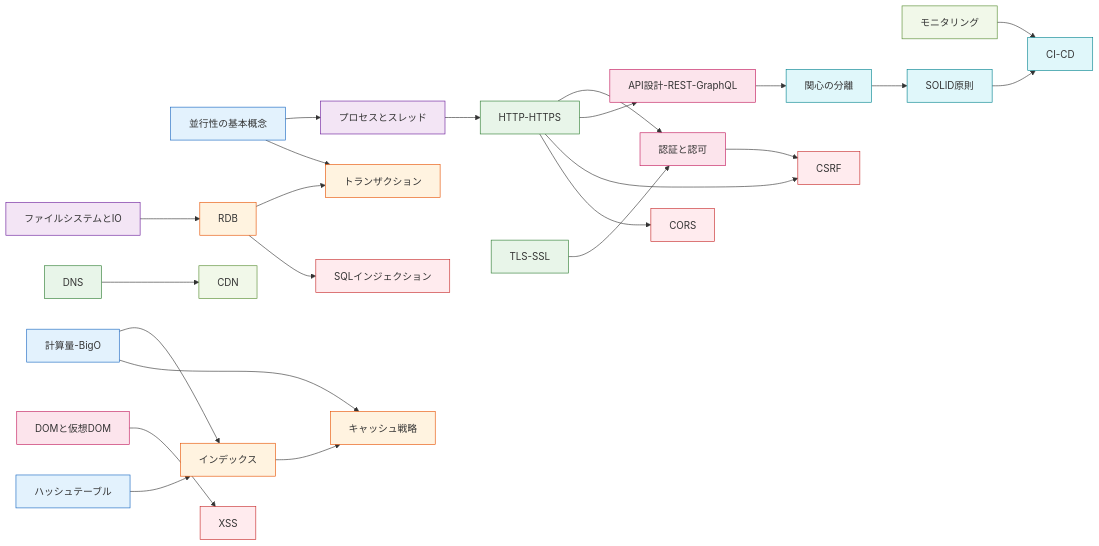
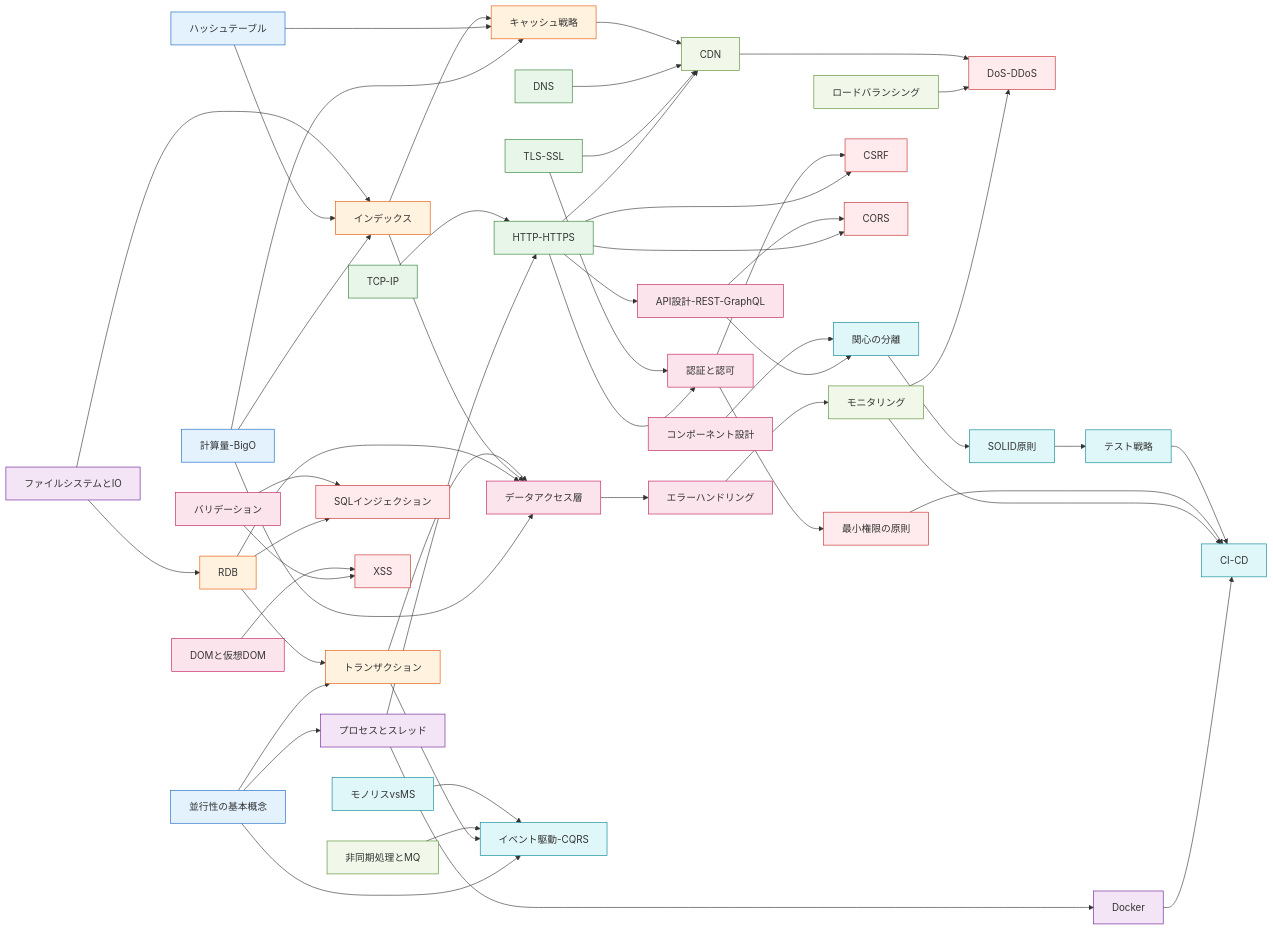
One commit to ryotaro-boost/web-engineer-knowledge-layers changed the diagram in _graph/依存グラフ.md. Above: the diagram before and after it, drawn with Mermaid. The commit also changed other lines of this file, not shown here.

````diff
--- a/_graph/依存グラフ.md
+++ b/_graph/依存グラフ.md
@@ -14,11 +16,13 @@
     %% Layer 1: OSインフラ
     PROC[プロセスとスレッド]
     FIO[ファイルシステムとIO]
+    DOC[Docker]
 
     %% Layer 2: ネットワーク
     HTTP[HTTP-HTTPS]
     TLS[TLS-SSL]
     DNS[DNS]
+    TCP[TCP-IP]
 
     %% Layer 3: データ永続化
     RDB[RDB]
@@ -29,47 +33,103 @@
     %% Layer 4: アプリケーション
     AUTH[認証と認可]
     API[API設計-REST-GraphQL]
+    DAL[データアクセス層]
+    VAL[バリデーション]
+    ERR[エラーハンドリング]
     DOM[DOMと仮想DOM]
+    CMP[コンポーネント設計]
 
     %% Layer 5: パフォーマンス
     CDN[CDN]
     MON[モニタリング]
+    QUE[非同期処理とMQ]
+    LB[ロードバランシング]
 
     %% Layer 6: セキュリティ
     SQLI[SQLインジェクション]
     XSS[XSS]
     CSRF[CSRF]
     CORS[CORS]
+    DDOS[DoS-DDoS]
+    LPRIV[最小権限の原則]
 
     %% Layer 7: 設計
     SOC[関心の分離]
     SOLID[SOLID原則]
     CICD[CI-CD]
+    TEST[テスト戦略]
+    EVT[イベント駆動-CQRS]
+    MS[モノリスvsMS]
 
-    %% 核となる依存
-    HASH --> IDX
+    %% --- 核となる依存 ---
+
+    %% Layer 0 → 1/3
     BIGO --> IDX
     BIGO --> CACHE
+    BIGO --> DAL
+    HASH --> IDX
+    HASH --> CACHE
     CONC --> PROC
     CONC --> TX
+    CONC --> EVT
+
+    %% Layer 1 → 2/3
     PROC --> HTTP
+    PROC --> DOC
     FIO --> RDB
+    FIO --> IDX
+    DOC --> CICD
+
+    %% Layer 2 → 4/5/6
+    TCP --> HTTP
     HTTP --> AUTH
     HTTP --> API
     HTTP --> CSRF
     HTTP --> CORS
+    HTTP --> CDN
     TLS --> AUTH
+    TLS --> CDN
     DNS --> CDN
+
+    %% Layer 3 → 4/5/6
     RDB --> TX
     RDB --> SQLI
+    RDB --> DAL
     IDX --> CACHE
+    IDX --> DAL
+    TX --> DAL
+    TX --> EVT
+    CACHE --> CDN
+
+    %% Layer 4 → 5/6/7
     AUTH --> CSRF
+    AUTH --> LPRIV
     API --> SOC
+    API --> CORS
+    DAL --> ERR
+    VAL --> SQLI
+    VAL --> XSS
+    ERR --> MON
     DOM --> XSS
+    CMP --> SOC
+
+    %% Layer 5 → 6/7
+    MON --> CICD
+    MON --> DDOS
+    LB --> DDOS
+    CDN --> DDOS
+    QUE --> EVT
+
+    %% Layer 6 → 7
+    LPRIV --> CICD
+
+    %% Layer 7 内部
     SOC --> SOLID
-    SOLID --> CICD
-    MON --> CICD
+    SOLID --> TEST
+    TEST --> CICD
+    MS --> EVT
 
+    %% スタイル
     classDef l0 fill:#e3f2fd,stroke:#1565c0
     classDef l1 fill:#f3e5f5,stroke:#6a1b9a
     classDef l2 fill:#e8f5e9,stroke:#2e7d32
@@ -80,11 +140,11 @@
     classDef l7 fill:#e0f7fa,stroke:#00838f
 
     class HASH,BIGO,CONC l0
-    class PROC,FIO l1
-    class HTTP,TLS,DNS l2
+    class PROC,FIO,DOC l1
+    class HTTP,TLS,DNS,TCP l2
     class RDB,IDX,TX,CACHE l3
-    class AUTH,API,DOM l4
-    class CDN,MON l5
-    class SQLI,XSS,CSRF,CORS l6
-    class SOC,SOLID,CICD l7
+    class AUTH,API,DAL,VAL,ERR,DOM,CMP l4
+    class CDN,MON,QUE,LB l5
+    class SQLI,XSS,CSRF,CORS,DDOS,LPRIV l6
+    class SOC,SOLID,CICD,TEST,EVT,MS l7
 ```
````
